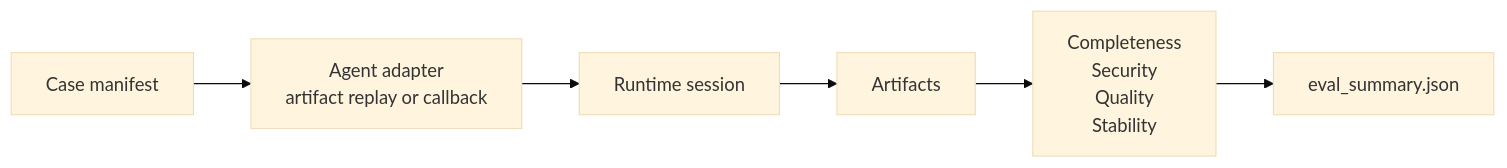
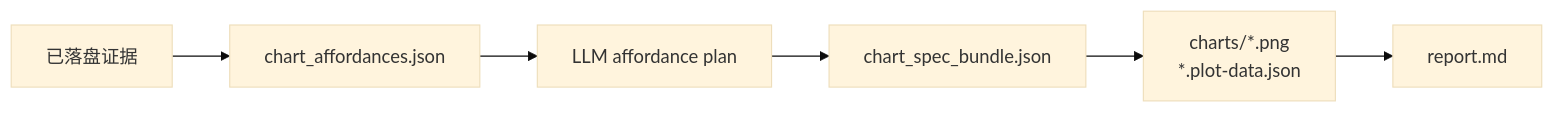
Before and after one commit to diankong720-ui/Data-Pandora: the fourth of 4 diagrams in README.zh-CN.md, drawn with Mermaid (base theme). The commit also changed other lines of this file and 37 other files, not shown here.

````diff
--- a/README.zh-CN.md
+++ b/README.zh-CN.md
@@ -296,11 +254,11 @@
 ```mermaid
 flowchart LR
-    Case["Case manifest"]
-    Adapter["Agent adapter\nartifact replay or callback"]
-    Runtime["Runtime session"]
-    Artifacts["Artifacts"]
-    Scorers["Completeness\nSecurity\nQuality\nStability"]
-    Summary["eval_summary.json"]
+  Evidence["已落盘证据"]
+  Affordances["chart_affordances.json"]
+  Plan["LLM affordance plan"]
+  Spec["chart_spec_bundle.json"]
+  Render["charts/*.png<br/>*.plot-data.json"]
+  Report["report.md"]
 
-    Case --> Adapter --> Runtime --> Artifacts --> Scorers --> Summary
+  Evidence --> Affordances --> Plan --> Spec --> Render --> Report
 ```
````
